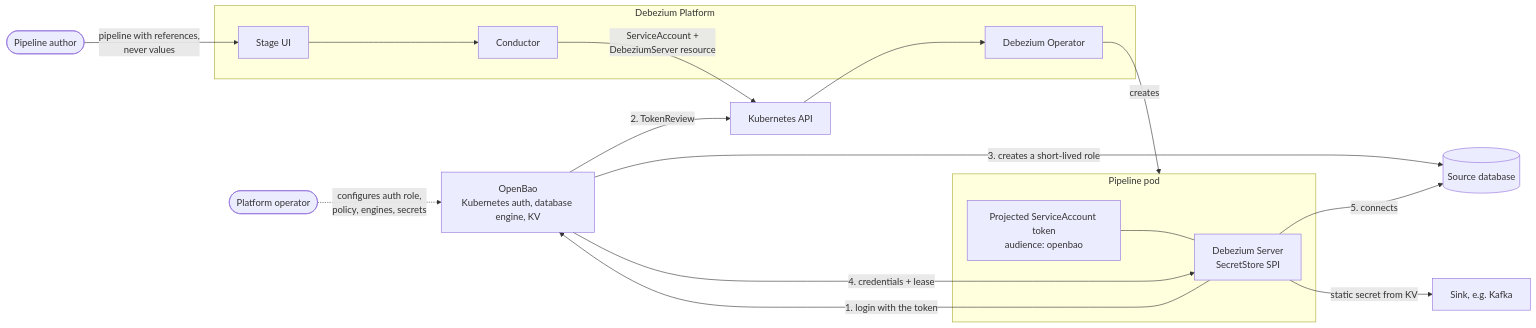
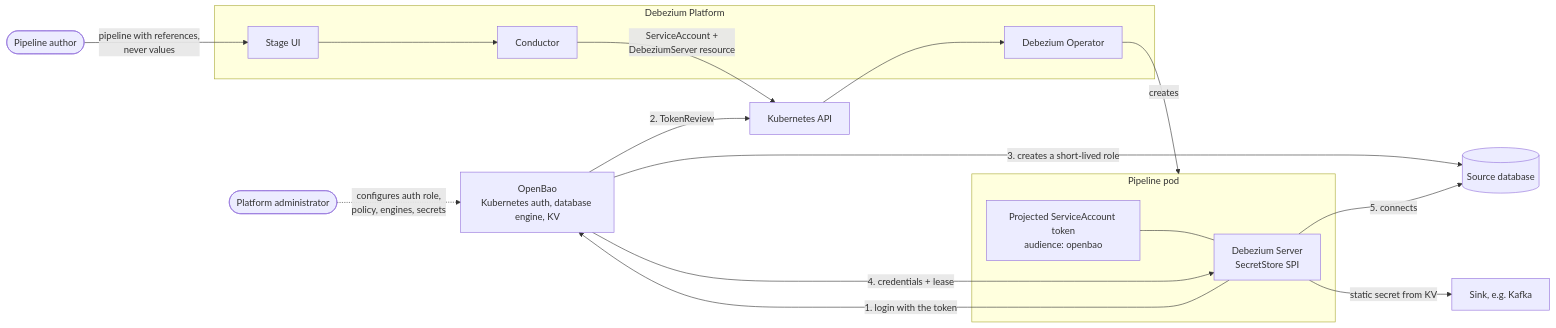
One commit to debezium/debezium-design-documents changed the second of 3 diagrams in DDD-67.md. Above: the diagram before and after it, drawn with Mermaid. The commit also changed other lines of this file, not shown here.

````diff
--- a/DDD-67.md
+++ b/DDD-67.md
@@ -126,35 +130,35 @@
 ```mermaid
 flowchart LR
-    admin(["Platform operator"])
+    admin(["Platform administrator"])
     user(["Pipeline author"])
 
     subgraph platform["Debezium Platform"]
         stage["Stage UI"]
         conductor["Conductor"]
         operator["Debezium Operator"]
     end
 
     subgraph pod["Pipeline pod"]
         server["Debezium Server<br/>SecretStore SPI"]
         token["Projected ServiceAccount token<br/>audience: openbao"]
     end
 
     k8s["Kubernetes API"]
     bao["OpenBao<br/>Kubernetes auth, database engine, KV"]
     db[("Source database")]
     sink["Sink, e.g. Kafka"]
 
     admin -. "configures auth role,<br/>policy, engines, secrets" .-> bao
     user -- "pipeline with references,<br/>never values" --> stage
     stage --> conductor
     conductor -- "ServiceAccount +<br/>DebeziumServer resource" --> k8s
     k8s --> operator
     operator -- "creates" --> pod
     token --- server
     server -- "1. login with the token" --> bao
     bao -- "2. TokenReview" --> k8s
     bao -- "3. creates a short-lived role" --> db
     bao -- "4. credentials + lease" --> server
     server -- "5. connects" --> db
     server -- "static secret from KV" --> sink
 ```
````
